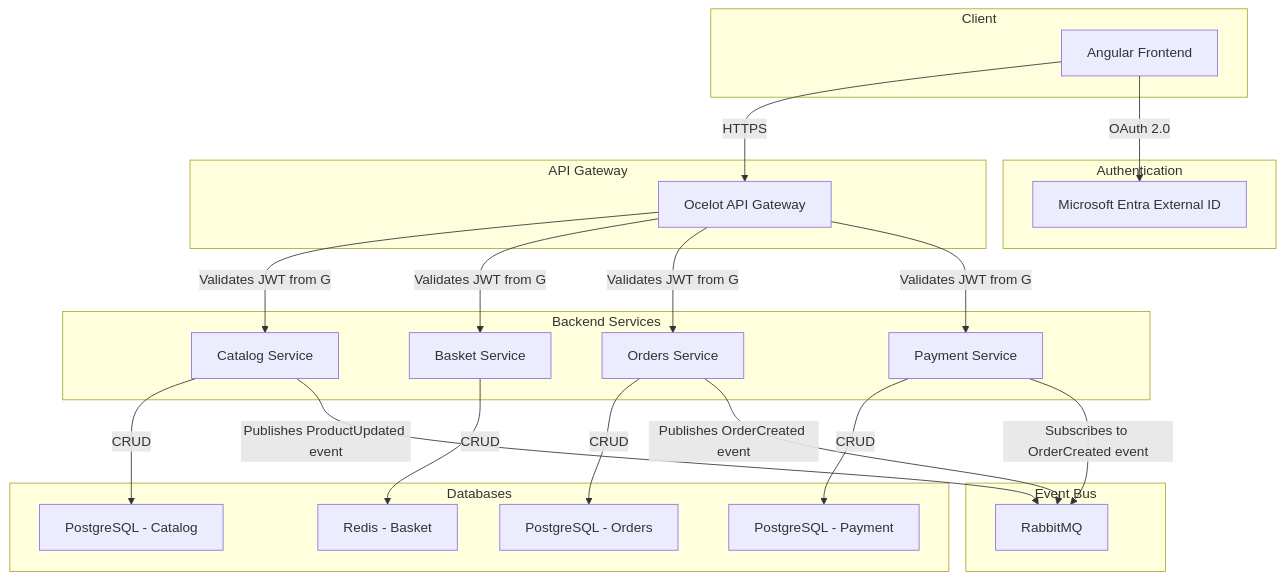
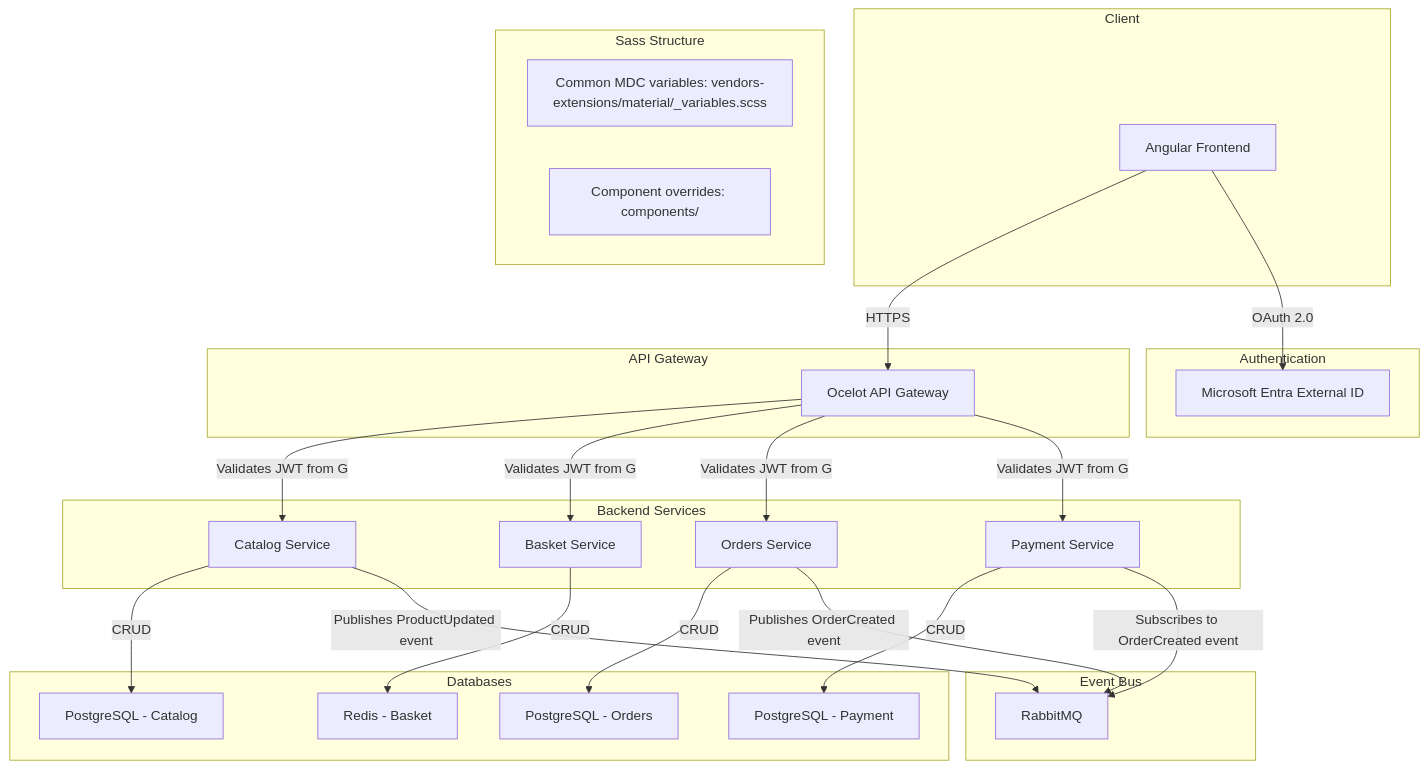
The diagram in memento/systemPatterns.md (umamaheswara-reddy/e-commerce), drawn with Mermaid before and after one commit. The commit also changed 18 other files, not shown here.

````diff
--- a/memento/systemPatterns.md
+++ b/memento/systemPatterns.md
@@ -9,48 +9,53 @@
 ```mermaid
 graph TD
     subgraph "Client"
         A[Angular Frontend]
     end
 
     subgraph "API Gateway"
         B[Ocelot API Gateway]
     end
 
     subgraph "Backend Services"
         C[Catalog Service]
         D[Basket Service]
         E[Orders Service]
         F[Payment Service]
     end
 
     subgraph "Authentication"
         G[Microsoft Entra External ID]
     end
 
     subgraph "Event Bus"
         H[RabbitMQ]
     end
 
     subgraph "Databases"
         I[PostgreSQL - Catalog]
         J[Redis - Basket]
         K[PostgreSQL - Orders]
         L[PostgreSQL - Payment]
     end
 
+    subgraph "Sass Structure"
+        M[Common MDC variables: vendors-extensions/material/_variables.scss]
+        N[Component overrides: components/]
+    end
+
     A -- HTTPS --> B
     A -- OAuth 2.0 --> G
     B -- Validates JWT from G --> C
     B -- Validates JWT from G --> D
     B -- Validates JWT from G --> E
     B -- Validates JWT from G --> F
 
     C -- CRUD --> I
     D -- CRUD --> J
     E -- CRUD --> K
     F -- CRUD --> L
 
     E -- Publishes OrderCreated event --> H
     F -- Subscribes to OrderCreated event --> H
     C -- Publishes ProductUpdated event --> H
 ```
````
